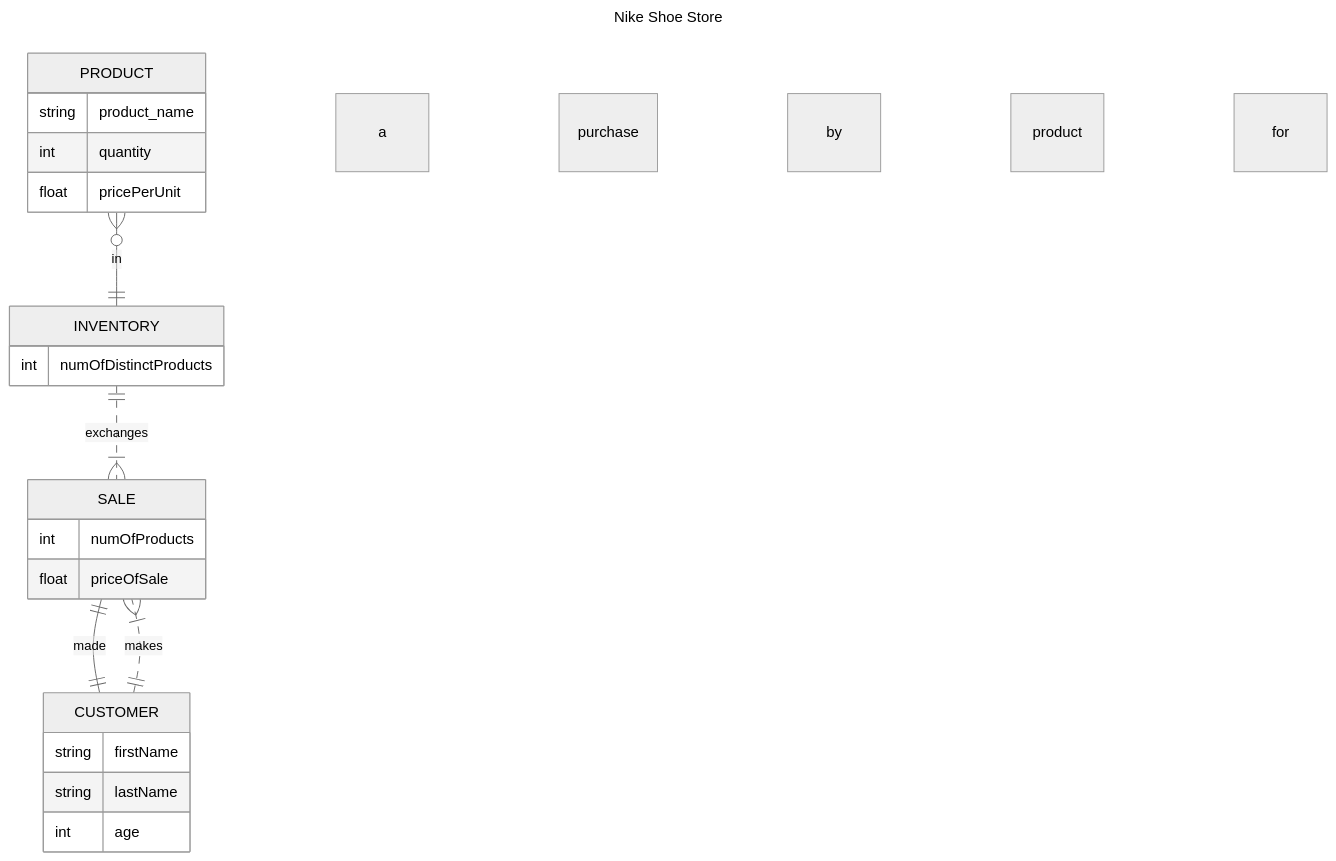
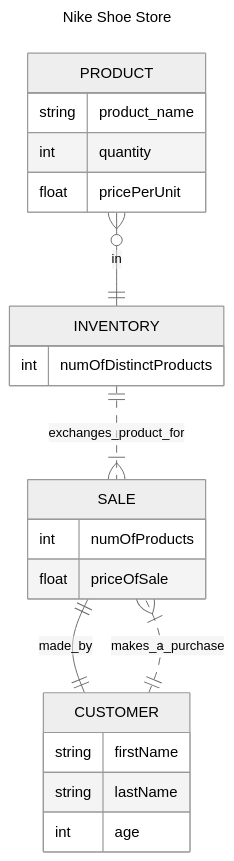
One commit to sccaster/sccaster.github.io changed the diagram in NikeStore_ERD.md. Above: the diagram before and after it, drawn with Mermaid (neutral theme).

Commit message:
Update NikeStore_ERD.md
fixed syntax so there are not multiple boxes

````diff
--- a/NikeStore_ERD.md
+++ b/NikeStore_ERD.md
@@ -1,30 +1,30 @@
 ```mermaid
 ---
 title: Nike Shoe Store
 ---
 erDiagram
 
 
   PRODUCT }o--||INVENTORY : in
   PRODUCT {
     string product_name
     int quantity
     float pricePerUnit
   }
-  CUSTOMER ||..|{ SALE : makes a purchase
+  CUSTOMER ||..|{ SALE : makes_a_purchase
   CUSTOMER {
     string firstName
     string lastName
     int age
   }
-  SALE ||--|| CUSTOMER : made by
+  SALE ||--|| CUSTOMER : made_by
   SALE {
     int numOfProducts
     float priceOfSale
   }
-  INVENTORY ||..|{ SALE : exchanges product for
+  INVENTORY ||..|{ SALE : exchanges_product_for
   INVENTORY {
     int numOfDistinctProducts
     
   }
 ```
````
